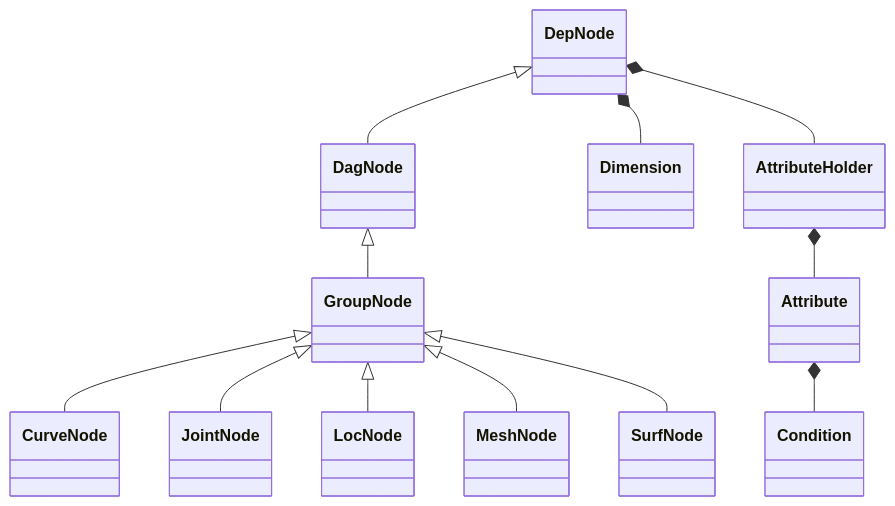
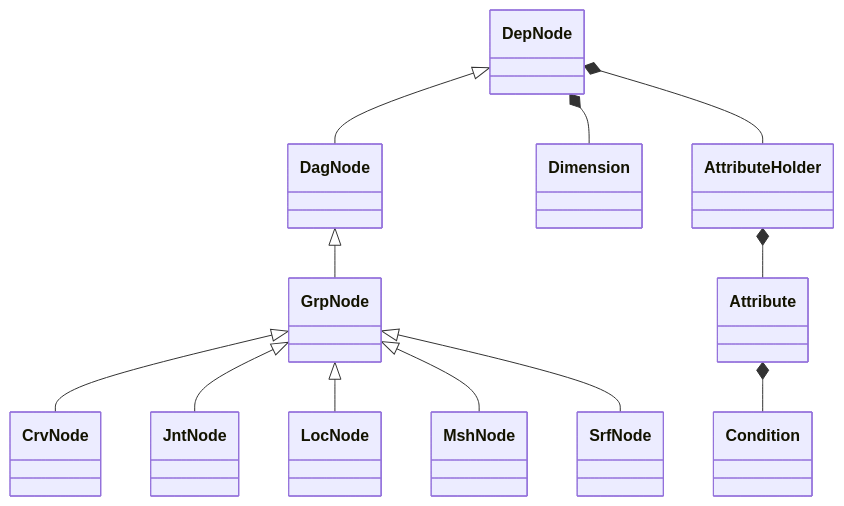
The first of 2 diagrams in README.md (nickyliux/nl_rigging_tools), drawn with Mermaid before and after one commit. The commit also changed other lines of this file, not shown here.

````diff
--- a/README.md
+++ b/README.md
@@ -16,21 +16,21 @@
 ```mermaid
 classDiagram
     
     DepNode <|-- DagNode
-    DagNode <|-- GroupNode
-    GroupNode <|-- CurveNode
-    GroupNode <|-- JointNode
-    GroupNode <|-- LocNode
-    GroupNode <|-- MeshNode
-    GroupNode <|-- SurfNode
+    DagNode <|-- GrpNode
+    GrpNode <|-- CrvNode
+    GrpNode <|-- JntNode
+    GrpNode <|-- LocNode
+    GrpNode <|-- MshNode
+    GrpNode <|-- SrfNode
     
     DepNode *-- Dimension
     AttributeHolder *-- Attribute
     DepNode *-- AttributeHolder
     Attribute *-- Condition
     class AttributeHolder
     class Attribute
     class Condition
     class Dimension
     
 ```
````
